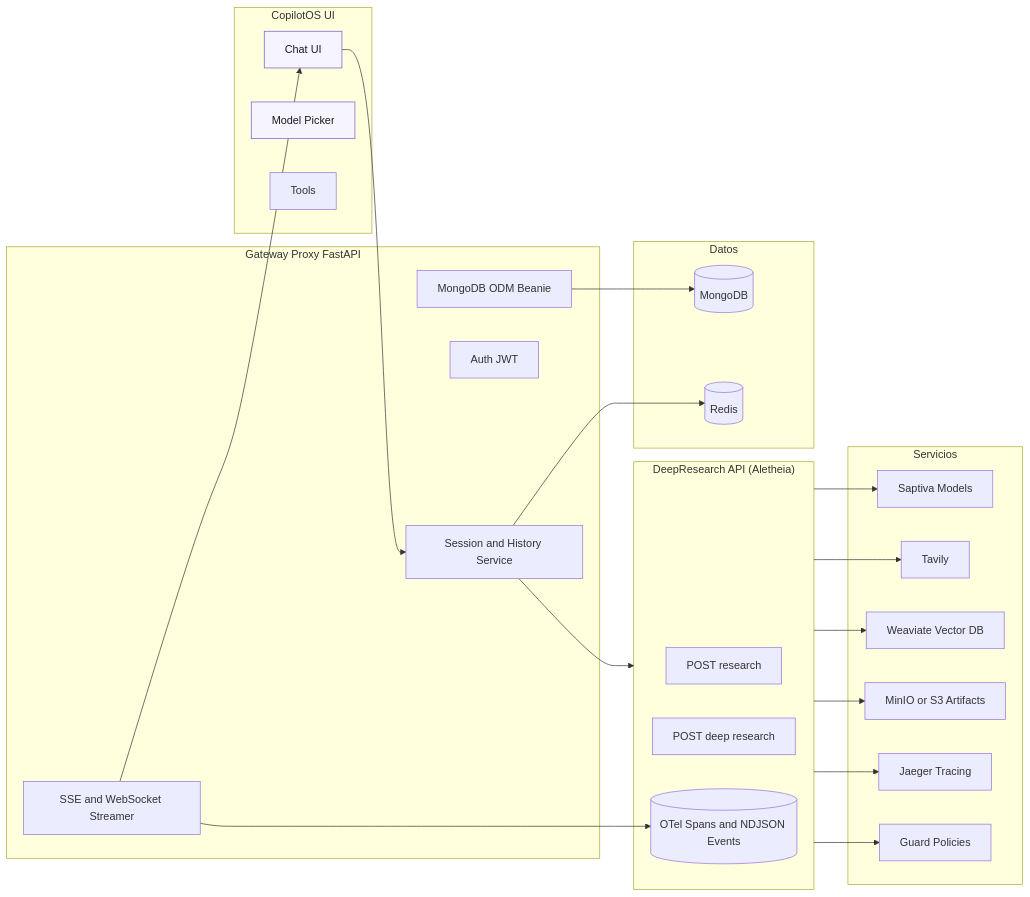
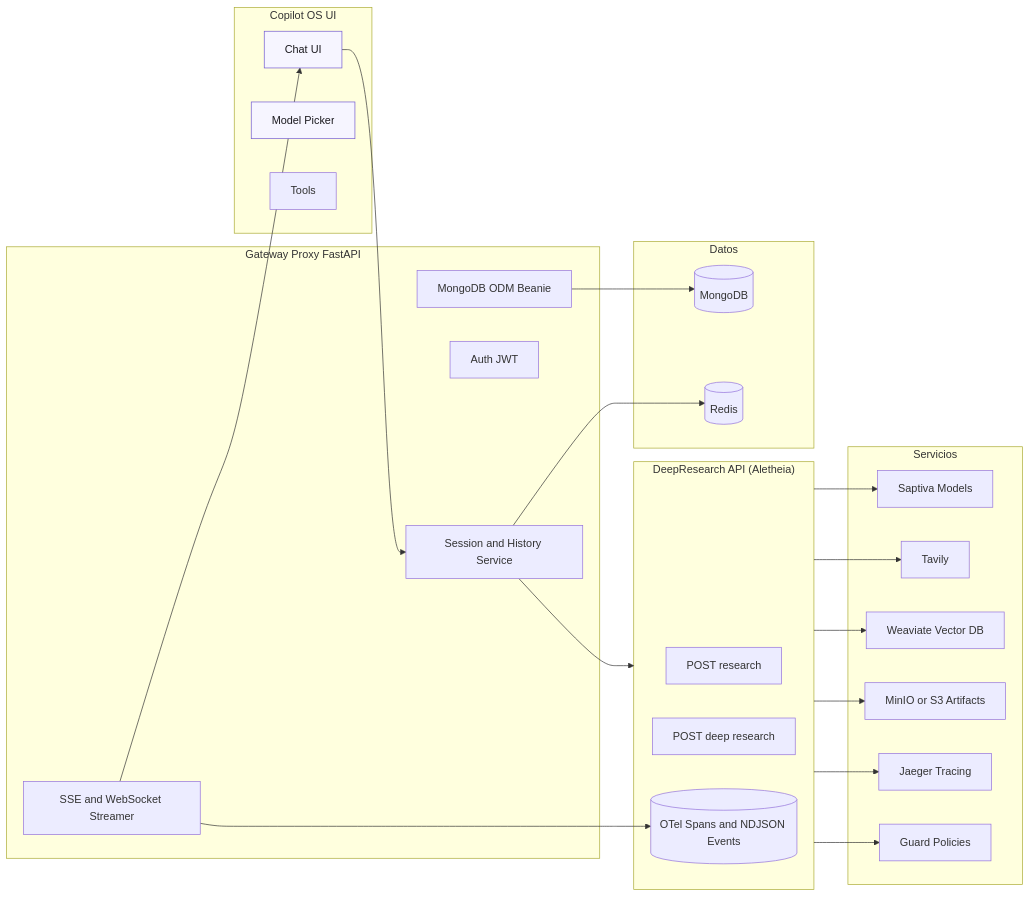
One commit to saptiva-ai/copilotos-bridge changed the diagram in README.md. Above: the diagram before and after it, drawn with Mermaid. The commit also changed other lines of this file and 21 other files, not shown here.

````diff
--- a/README.md
+++ b/README.md
@@ -35,56 +35,56 @@
 ```mermaid
 flowchart LR
   %% --- STYLE FIRST (para motores viejos) ---
   classDef ui fill:#f6f5ff,stroke:#6e56cf,stroke-width:1px,color:#1b1a1f;
 
   %% --- SUBGRAPHS SIMPLIFICADOS ---
-  subgraph UI ["CopilotOS UI"]
+  subgraph UI ["Copilot OS UI"]
     C[Chat UI]:::ui
     M[Model Picker]:::ui
     T[Tools]
   end
 
   subgraph API ["Gateway Proxy FastAPI"]
     S[Session and History Service]
     E[SSE and WebSocket Streamer]
     A[Auth JWT]
     DB[MongoDB ODM Beanie]
   end
 
   subgraph ORCH ["DeepResearch API (Aletheia)"]
     R1[POST research]
     R2[POST deep research]
     TR[(OTel Spans and NDJSON Events)]
   end
 
   subgraph SVCS ["Servicios"]
     SA[Saptiva Models]
     TA[Tavily]
     WV[Weaviate Vector DB]
     MI[MinIO or S3 Artifacts]
     JG[Jaeger Tracing]
     GD[Guard Policies]
   end
 
   subgraph DATA ["Datos"]
     MG[(MongoDB)]
     RD[(Redis)]
   end
 
   %% --- FLUJOS SIN LABELS ---
   C --> S
   S --> ORCH
 
   DB --> MG
   S  --> RD
 
   ORCH --> SA
   ORCH --> TA
   ORCH --> WV
   ORCH --> MI
   ORCH --> JG
   ORCH --> GD
 
   E --> C
   E --> TR
 ```
````
